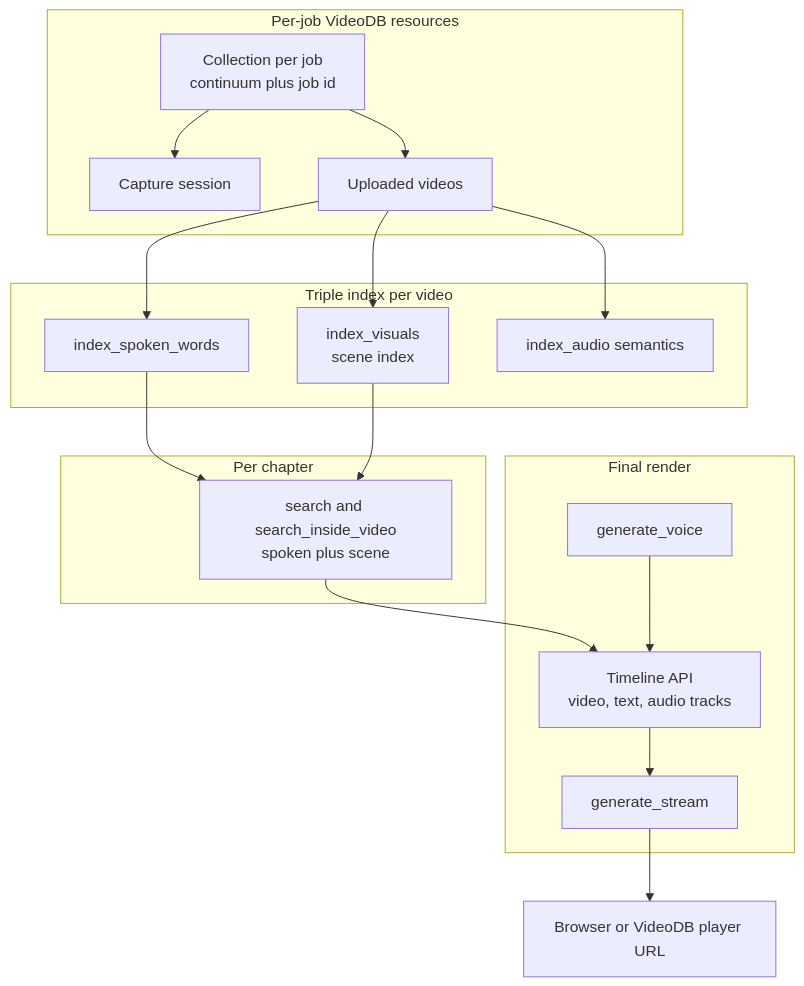
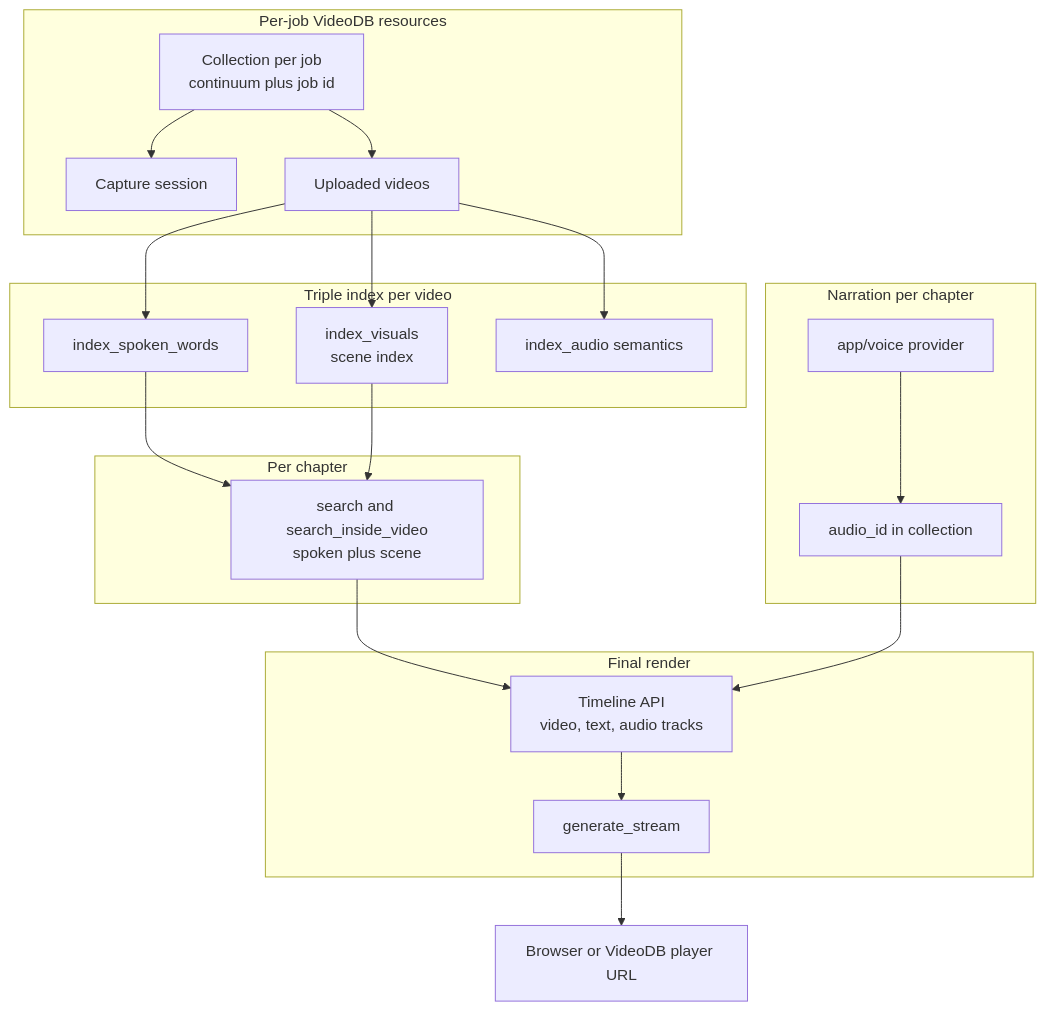
One commit to Krishan111/Continuum-Agentic_Documentary_Studio changed the seventh of 10 diagrams in ARCHITECTURE.md. Above: the diagram before and after it, drawn with Mermaid. The commit also changed other lines of this file and 1 other file, not shown here.

````diff
--- a/ARCHITECTURE.md
+++ b/ARCHITECTURE.md
@@ -252,36 +350,40 @@
 ```mermaid
 flowchart TB
   subgraph Job["Per-job VideoDB resources"]
     Coll["Collection per job<br/>continuum plus job id"]
     Cap["Capture session"]
     Vids["Uploaded videos"]
     Coll --> Cap
     Coll --> Vids
   end
 
   subgraph Index["Triple index per video"]
     SW["index_spoken_words"]
     VIS["index_visuals<br/>scene index"]
     AUD["index_audio semantics"]
     Vids --> SW
     Vids --> VIS
     Vids --> AUD
   end
 
   subgraph Retrieve["Per chapter"]
     SRCH["search and search_inside_video<br/>spoken plus scene"]
     SW --> SRCH
     VIS --> SRCH
   end
 
+  subgraph Voice["Narration per chapter"]
+    VP["app/voice provider"]
+    VP --> AID["audio_id in collection"]
+  end
+
   subgraph Output["Final render"]
-    VO["generate_voice"]
     TL["Timeline API<br/>video, text, audio tracks"]
     STR["generate_stream"]
     SRCH --> TL
-    VO --> TL
+    AID --> TL
     TL --> STR
   end
 
   STR --> Player["Browser or VideoDB player URL"]
 ```
````
